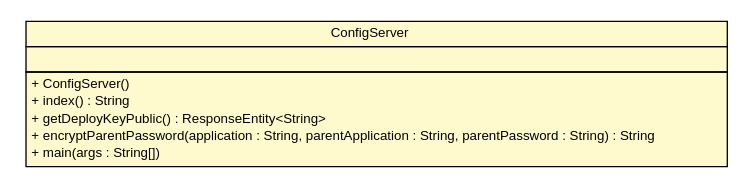
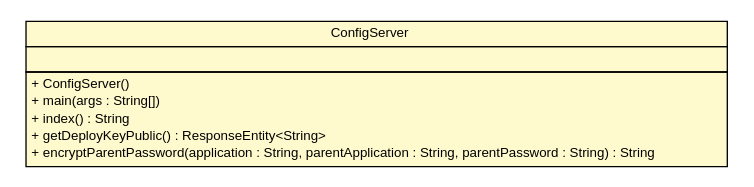
One commit to cloud-ready/cloud-ready changed the diagram in snapshot/build-docker/spring-cloud-config/spring-cloud-config-server/apidocs/cn/home1/cloud/config/server/ConfigServer.dot. Above: the diagram before and after it, drawn with Graphviz. The commit also changed other lines of this file and 137 other files, not shown here.

```diff
--- a/snapshot/build-docker/spring-cloud-config/spring-cloud-config-server/apidocs/cn/home1/cloud/config/server/ConfigServer.dot
+++ b/snapshot/build-docker/spring-cloud-config/spring-cloud-config-server/apidocs/cn/home1/cloud/config/server/ConfigServer.dot
@@ -1,28 +1,28 @@
 #!/usr/local/bin/dot
 #
 # Class diagram 
 # Generated by UMLGraph version R5_6-24-gf6e263 (http://www.umlgraph.org/)
 #
 
 digraph G {
 	edge [fontname="Helvetica",fontsize=10,labelfontname="Helvetica",labelfontsize=10];
 	node [fontname="Helvetica",fontsize=10,shape=plaintext];
 	nodesep=0.25;
 	ranksep=0.5;
 	// cn.home1.cloud.config.server.ConfigServer
 	c161 [label=<<table title="cn.home1.cloud.config.server.ConfigServer" border="0" cellborder="1" cellspacing="0" cellpadding="2" port="p" bgcolor="lemonChiffon" href="./ConfigServer.html">
 		<tr><td><table border="0" cellspacing="0" cellpadding="1">
 <tr><td align="center" balign="center"> ConfigServer </td></tr>
 		</table></td></tr>
 		<tr><td><table border="0" cellspacing="0" cellpadding="1">
 <tr><td align="left" balign="left">  </td></tr>
 		</table></td></tr>
 		<tr><td><table border="0" cellspacing="0" cellpadding="1">
 <tr><td align="left" balign="left"> + ConfigServer() </td></tr>
+<tr><td align="left" balign="left"> + main(args : String[]) </td></tr>
 <tr><td align="left" balign="left"> + index() : String </td></tr>
 <tr><td align="left" balign="left"> + getDeployKeyPublic() : ResponseEntity&lt;String&gt; </td></tr>
 <tr><td align="left" balign="left"> + encryptParentPassword(application : String, parentApplication : String, parentPassword : String) : String </td></tr>
-<tr><td align="left" balign="left"> + main(args : String[]) </td></tr>
 		</table></td></tr>
 		</table>>, URL="./ConfigServer.html", fontname="Helvetica", fontcolor="black", fontsize=10.0];
 }
```
